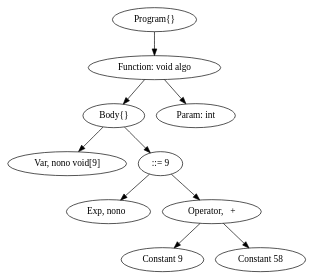
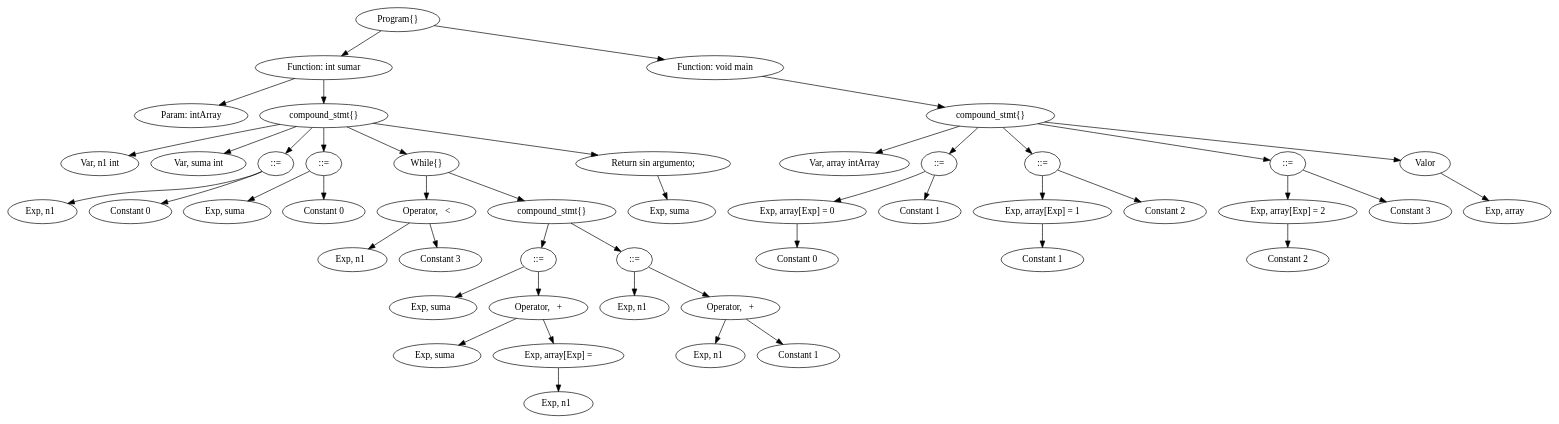
The diagram in Archivo2.dot (Fazt/jflex), drawn with Graphviz before and after one commit. The commit also changed 8 other files, not shown here.

```diff
--- a/Archivo2.dot
+++ b/Archivo2.dot
@@ -1,21 +1,95 @@
 digraph g {
-9 [label="Program{}"];
-8 [label="Function: void algo"];
-7 [label="Body{}"];
-1 [label="Var, nono void[9]"];
-6 [label="::= 9"];
-2 [label="Exp, nono  "];
-5 [label="Operator,   + "];
-3 [label="Constant 9"];
-4 [label="Constant 58"];
-0 [label="Param: int"];
-9->8;
-8->7;
-7->1;
-7->6;
-6->2;
-6->5;
+47 [label="Program{}"];
+28 [label="Function: int sumar"];
+0 [label="Param: intArray"];
+27 [label="compound_stmt{}"];
+1 [label="Var, n1 int"];
+2 [label="Var, suma int"];
+5 [label="::="];
+3 [label="Exp, n1  "];
+4 [label="Constant 0"];
+8 [label="::="];
+6 [label="Exp, suma  "];
+7 [label="Constant 0"];
+24 [label="While{}"];
+11 [label="Operator,   < "];
+9 [label="Exp, n1  "];
+10 [label="Constant 3"];
+23 [label="compound_stmt{}"];
+17 [label="::="];
+12 [label="Exp, suma  "];
+16 [label="Operator,   + "];
+13 [label="Exp, suma  "];
+15 [label="Exp, array[Exp] = "];
+14 [label="Exp, n1  "];
+22 [label="::="];
+18 [label="Exp, n1  "];
+21 [label="Operator,   + "];
+19 [label="Exp, n1  "];
+20 [label="Constant 1"];
+26 [label="Return sin argumento;"];
+25 [label="Exp, suma  "];
+46 [label="Function: void main"];
+45 [label="compound_stmt{}"];
+30 [label="Var, array intArray"];
+34 [label="::="];
+32 [label="Exp, array[Exp] = 0"];
+31 [label="Constant 0"];
+33 [label="Constant 1"];
+38 [label="::="];
+36 [label="Exp, array[Exp] = 1"];
+35 [label="Constant 1"];
+37 [label="Constant 2"];
+42 [label="::="];
+40 [label="Exp, array[Exp] = 2"];
+39 [label="Constant 2"];
+41 [label="Constant 3"];
+44 [label="Valor "];
+43 [label="Exp, array  "];
+47->28;
+28->0;
+28->27;
+27->1;
+27->2;
+27->5;
 5->3;
 5->4;
-8->0;
+27->8;
+8->6;
+8->7;
+27->24;
+24->11;
+11->9;
+11->10;
+24->23;
+23->17;
+17->12;
+17->16;
+16->13;
+16->15;
+15->14;
+23->22;
+22->18;
+22->21;
+21->19;
+21->20;
+27->26;
+26->25;
+47->46;
+46->45;
+45->30;
+45->34;
+34->32;
+32->31;
+34->33;
+45->38;
+38->36;
+36->35;
+38->37;
+45->42;
+42->40;
+40->39;
+42->41;
+45->44;
+44->43;
 }
```
